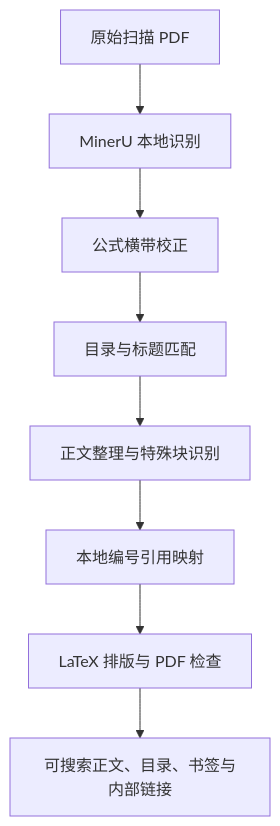
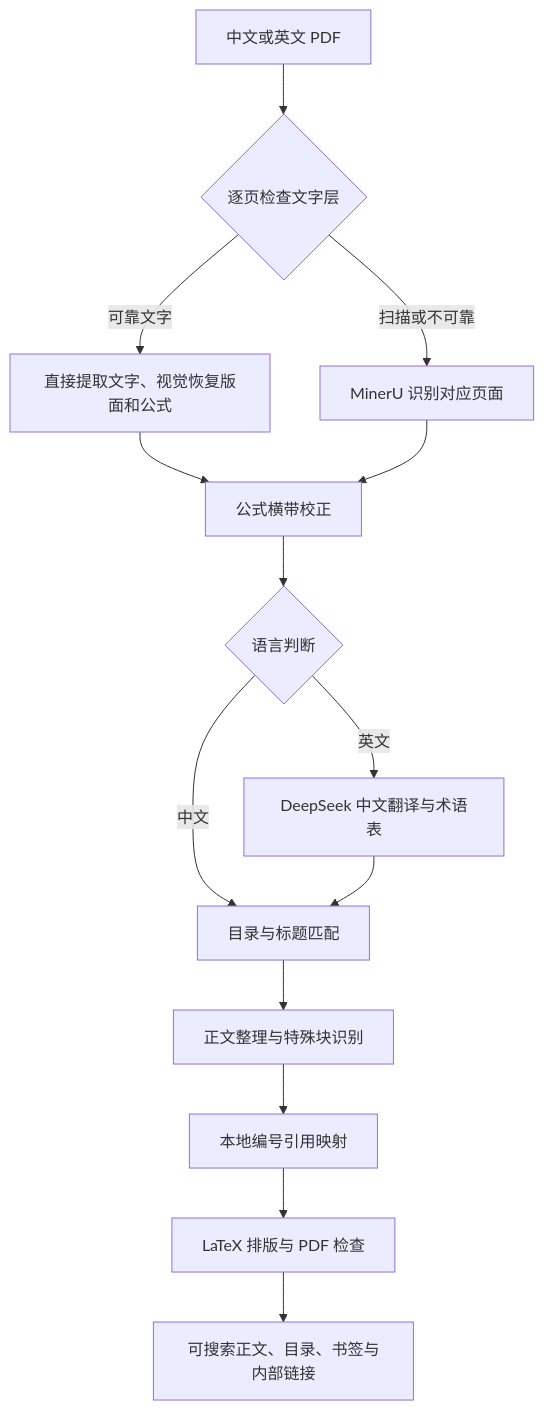
The diagram in README.md (zhiyuan7/pdf-reforge), drawn with Mermaid before and after one commit. The commit also changed other lines of this file and 18 other files, not shown here.

````diff
--- a/README.md
+++ b/README.md
@@ -252,10 +252,16 @@
 ```mermaid
 flowchart TD
-    A[原始扫描 PDF] --> B[MinerU 本地识别]
-    B --> C[公式横带校正]
-    C --> D[目录与标题匹配]
+    A[中文或英文 PDF] --> B{逐页检查文字层}
+    B -->|可靠文字| N[直接提取文字、视觉恢复版面和公式]
+    B -->|扫描或不可靠| O[MinerU 识别对应页面]
+    N --> C[公式横带校正]
+    O --> C
+    C --> T{语言判断}
+    T -->|英文| Z[DeepSeek 中文翻译与术语表]
+    T -->|中文| D[目录与标题匹配]
+    Z --> D
     D --> E[正文整理与特殊块识别]
     E --> F[本地编号引用映射]
     F --> G[LaTeX 排版与 PDF 检查]
     G --> H[可搜索正文、目录、书签与内部链接]
 ```
````
